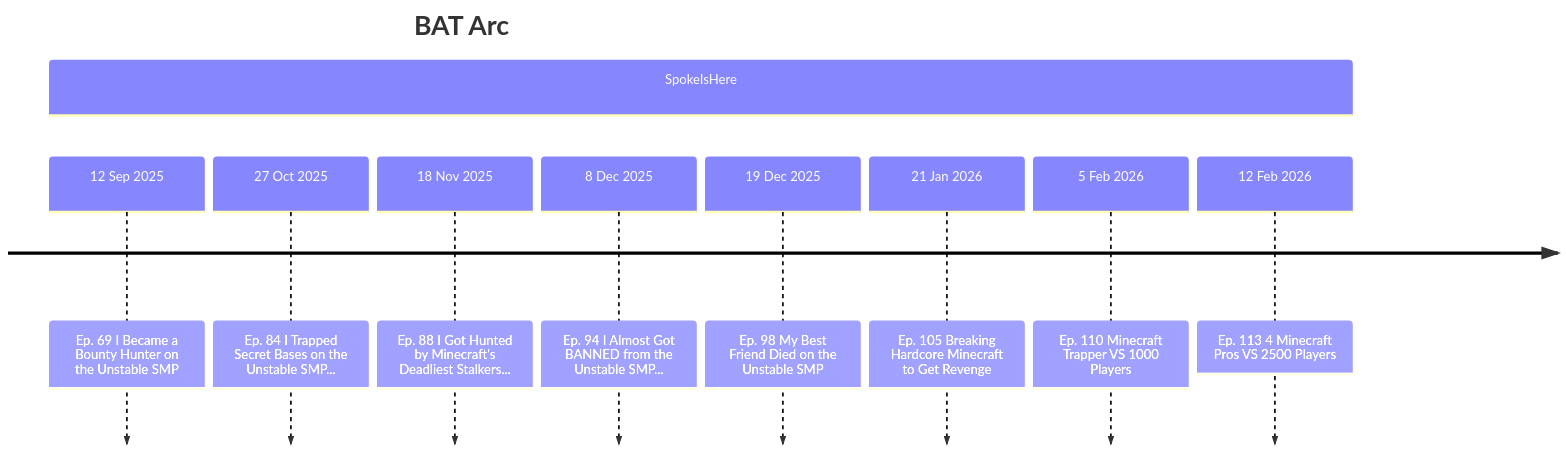
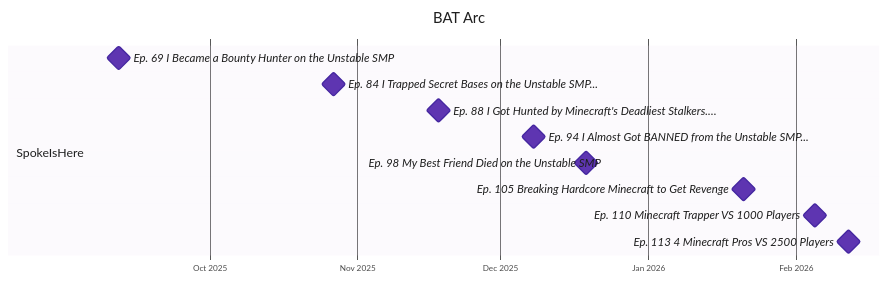
Before and after one commit to That1Guy005/Unstable-Wiki: the diagram in docs/arcs/bat-arc.md, drawn with Mermaid. The commit also changed other lines of this file and 57 other files, not shown here.

Commit message:
feat: improved readability charts

````diff
--- a/docs/arcs/bat-arc.md
+++ b/docs/arcs/bat-arc.md
@@ -23,13 +25,17 @@
 ```mermaid
-timeline
+%%{init: {"theme": "base", "themeVariables": {"fontFamily": "Roboto, Helvetica, Arial, sans-serif", "fontSize": "15px", "primaryTextColor": "#1f1f1f", "textColor": "#1f1f1f", "titleColor": "#1f1f1f", "gridColor": "#d0d0d8", "taskBkgColor": "#5e35b1", "taskBorderColor": "#4527a0", "taskTextColor": "#ffffff", "taskTextLightColor": "#ffffff", "taskTextDarkColor": "#1f1f1f", "taskTextOutsideColor": "#1f1f1f", "taskTextClickableColor": "#1f1f1f", "sectionBkgColor": "#ede7f6", "altSectionBkgColor": "#ffffff", "sectionBkgColor2": "#fff3d6"}, "gantt": {"barHeight": 26, "barGap": 6, "fontSize": 14, "sectionFontSize": 15, "leftPadding": 135, "topPadding": 54, "gridLineStartPadding": 40, "titleTopMargin": 24}, "themeCSS": ".titleText{font-size:20px;font-weight:600;fill:#1f1f1f} .sectionTitle{font-size:15px;font-weight:600;fill:#1f1f1f} .tick text{font-size:13px;fill:#333} .taskText,.taskTextOutsideRight,.taskTextOutsideLeft{font-size:14px} .milestone{fill:#5e35b1;stroke:#4527a0}"}}%%
+gantt
     title BAT Arc
+    dateFormat YYYY-MM-DD
+    axisFormat %b %Y
+    todayMarker off
     section SpokeIsHere
-        12 Sep 2025 : Ep. 69 I Became a Bounty Hunter on the Unstable SMP
-        27 Oct 2025 : Ep. 84 I Trapped Secret Bases on the Unstable SMP...
-        18 Nov 2025 : Ep. 88 I Got Hunted by Minecraft's Deadliest Stalkers...
-        8 Dec 2025 : Ep. 94 I Almost Got BANNED from the Unstable SMP...
-        19 Dec 2025 : Ep. 98 My Best Friend Died on the Unstable SMP
-        21 Jan 2026 : Ep. 105 Breaking Hardcore Minecraft to Get Revenge
-        5 Feb 2026 : Ep. 110 Minecraft Trapper VS 1000 Players
-        12 Feb 2026 : Ep. 113 4 Minecraft Pros VS 2500 Players
+    Ep. 69 I Became a Bounty Hunter on the Unstable SMP : milestone, m0, 2025-09-12, 0d
+    Ep. 84 I Trapped Secret Bases on the Unstable SMP... : milestone, m1, 2025-10-27, 0d
+    Ep. 88 I Got Hunted by Minecraft's Deadliest Stalkers.… : milestone, m2, 2025-11-18, 0d
+    Ep. 94 I Almost Got BANNED from the Unstable SMP... : milestone, m3, 2025-12-08, 0d
+    Ep. 98 My Best Friend Died on the Unstable SMP : milestone, m4, 2025-12-19, 0d
+    Ep. 105 Breaking Hardcore Minecraft to Get Revenge : milestone, m5, 2026-01-21, 0d
+    Ep. 110 Minecraft Trapper VS 1000 Players : milestone, m6, 2026-02-05, 0d
+    Ep. 113 4 Minecraft Pros VS 2500 Players : milestone, m7, 2026-02-12, 0d
 ```
````
